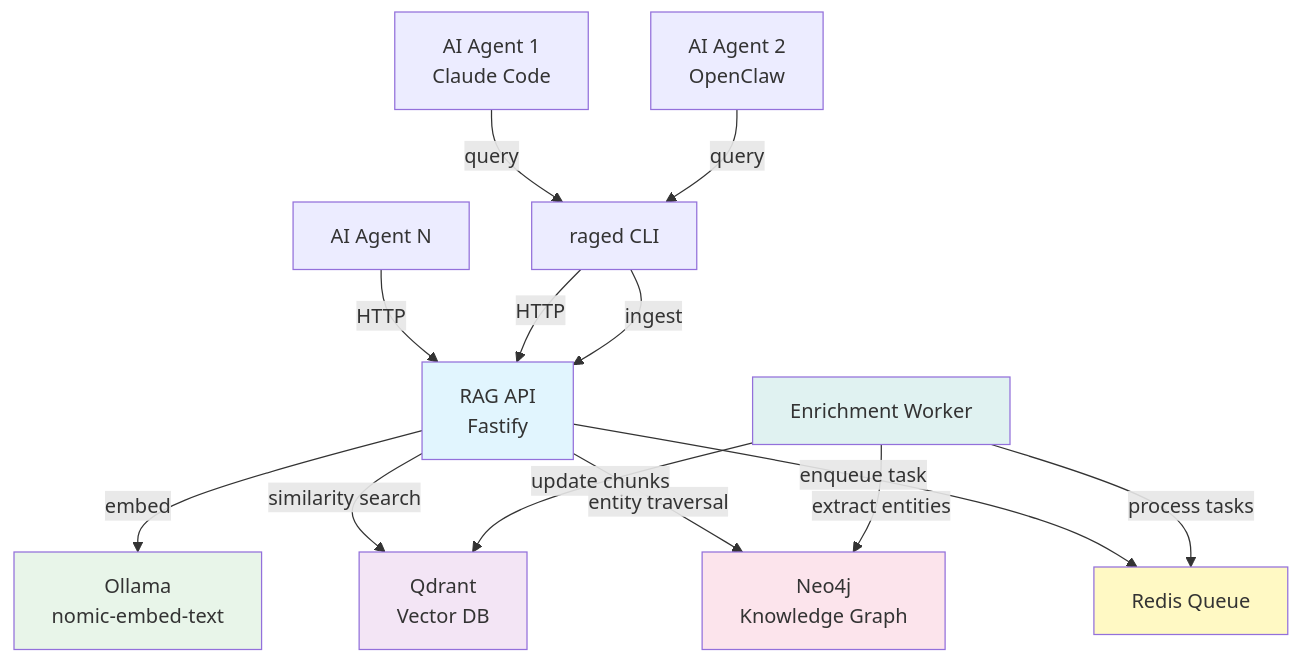
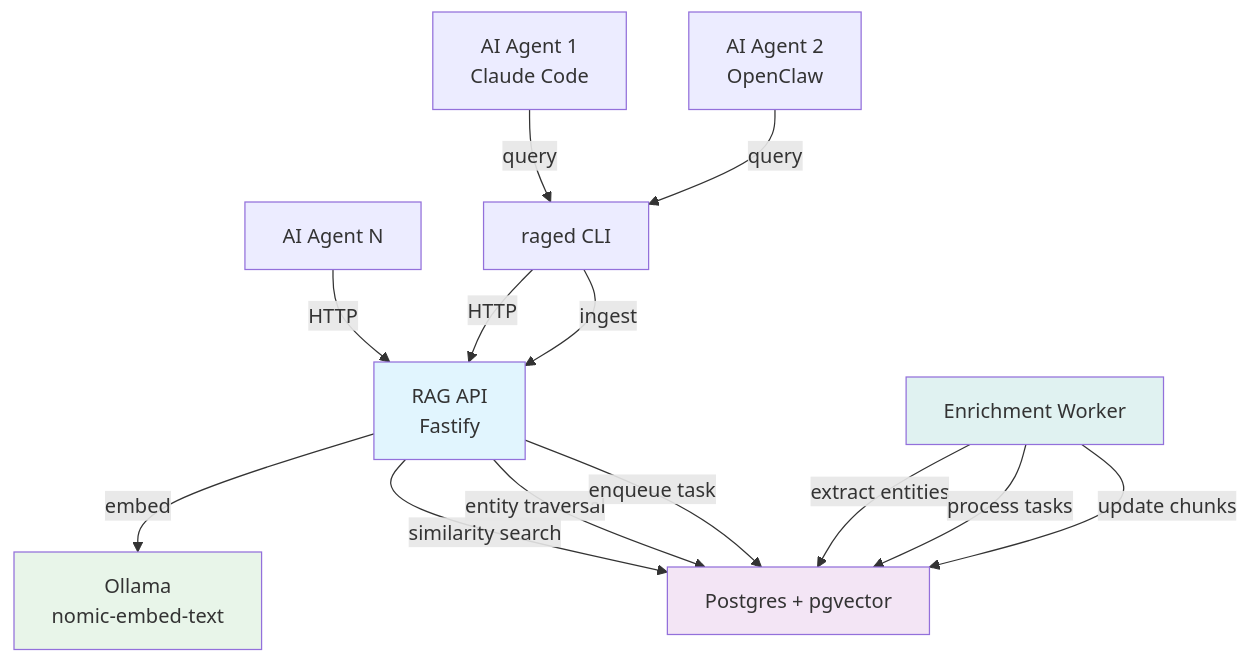
Before and after one commit to mfittko/RAGed: the diagram in docs/00-vision.md, drawn with Mermaid. The commit also changed other lines of this file and 1 other file, not shown here.

Commit message:
docs: replace Qdrant/Neo4j/Redis with Postgres architecture
Update vision and indexing docs to reflect current Postgres-based
architecture using pgvector for embeddings, native tables for entities
and relationships, and Postgres for task queues.

````diff
--- a/docs/00-vision.md
+++ b/docs/00-vision.md
@@ -21,22 +21,20 @@
 ```mermaid
 graph TD
     A1[AI Agent 1<br/>Claude Code] -->|query| CLI[raged CLI]
     A2[AI Agent 2<br/>OpenClaw] -->|query| CLI
     A3[AI Agent N] -->|HTTP| API
     CLI -->|HTTP| API[RAG API<br/>Fastify]
     API -->|embed| OL[Ollama<br/>nomic-embed-text]
-    API -->|similarity search| QD[Qdrant<br/>Vector DB]
-    API -->|entity traversal| NEO[Neo4j<br/>Knowledge Graph]
-    API -->|enqueue task| RD[Redis Queue]
-    WK[Enrichment Worker] -->|extract entities| NEO
-    WK -->|process tasks| RD
-    WK -->|update chunks| QD
+    API -->|similarity search| PG[Postgres + pgvector]
+    API -->|entity traversal| PG
+    API -->|enqueue task| PG
+    WK[Enrichment Worker] -->|extract entities| PG
+    WK -->|process tasks| PG
+    WK -->|update chunks| PG
     CLI -->|ingest| API
 
     style API fill:#e1f5fe
-    style QD fill:#f3e5f5
+    style PG fill:#f3e5f5
     style OL fill:#e8f5e9
-    style NEO fill:#fce4ec
-    style RD fill:#fff9c4
     style WK fill:#e0f2f1
 ```
````
